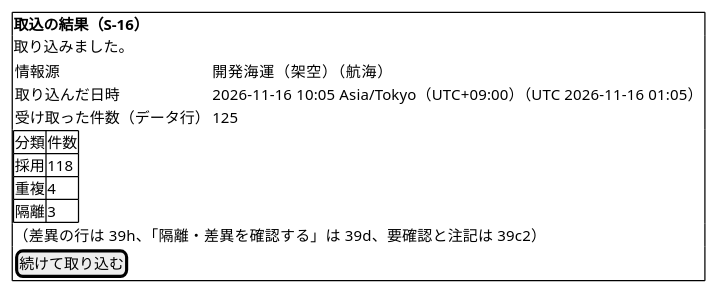
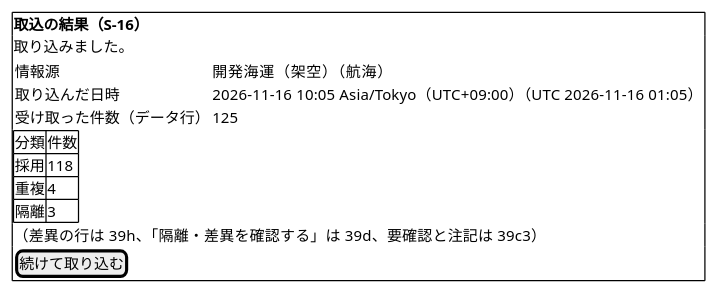
One commit to k2works/practical-domain-driven-design-in-enterpris-application changed diagram 52 of 52 in docs/design/cargo-tracker/ui_design.md. Above: the diagram before and after it, drawn with PlantUML. The commit also changed other lines of this file and 8 other files, not shown here.

````diff
--- a/docs/design/cargo-tracker/ui_design.md
+++ b/docs/design/cargo-tracker/ui_design.md
@@ -1790,21 +1855,21 @@
 ```plantuml
 @startsalt
 {+
   <b>取込の結果（S-16）
   取り込みました。
   {
     情報源 | 開発海運（架空）（航海）
     取り込んだ日時 | 2026-11-16 10:05 Asia/Tokyo（UTC+09:00）（UTC 2026-11-16 01:05）
     受け取った件数（データ行） | 125
   }
   {#
     分類 | 件数
     採用 | 118
     重複 | 4
     隔離 | 3
   }
-  （差異の行は 39h、「隔離・差異を確認する」は 39d、要確認と注記は 39c2）
+  （差異の行は 39h、「隔離・差異を確認する」は 39d、要確認と注記は 39c3）
   [ 続けて取り込む ]
 }
 @endsalt
 ```
````
